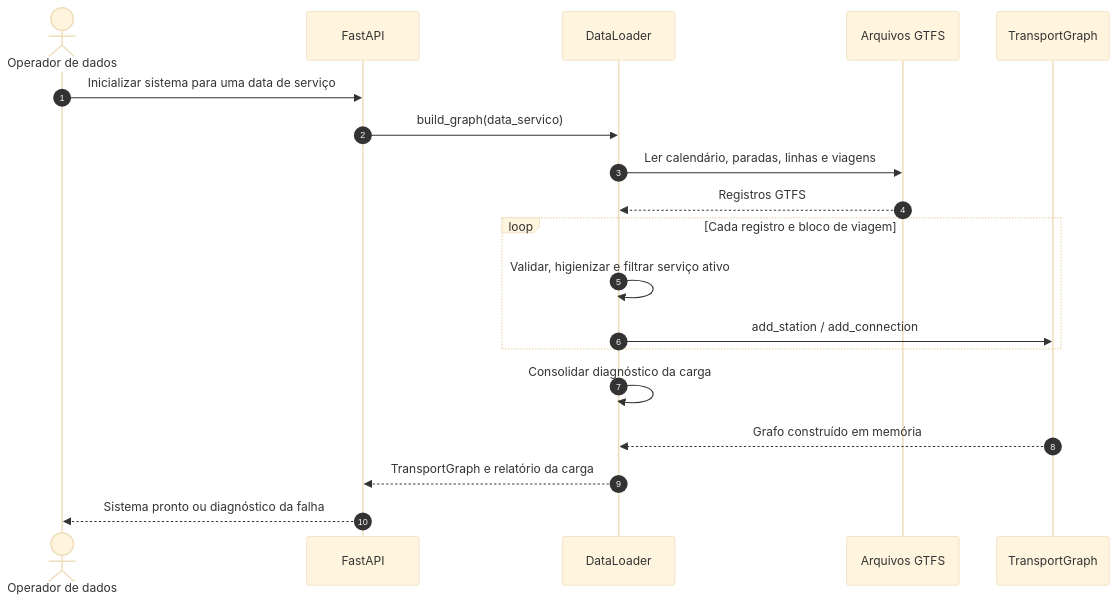
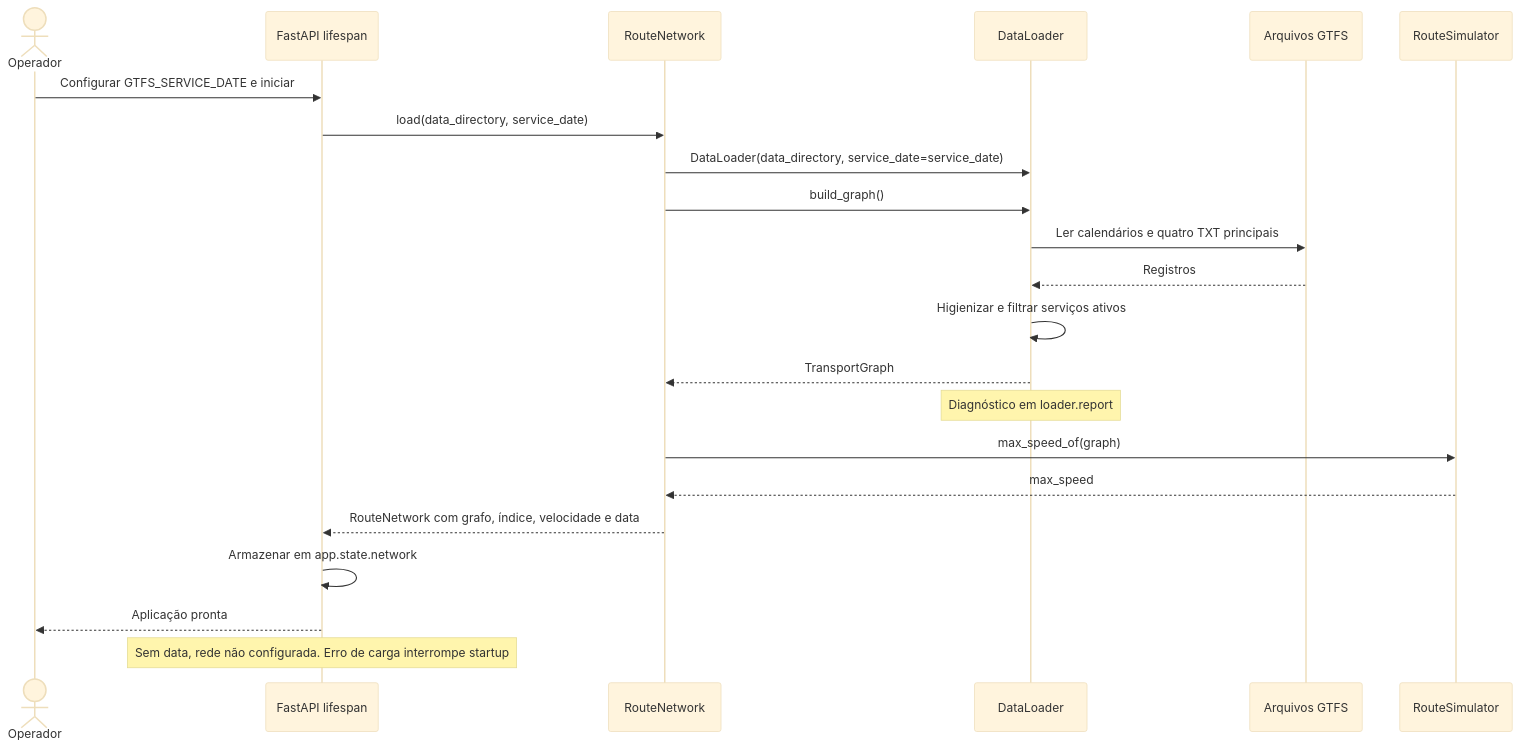
The first of 2 diagrams in Artefatos/Diagramas/diagrama-sequencia.md (Luizfmaia10-dev/TP-Grafos), drawn with Mermaid (base theme) before and after one commit. The commit also changed other lines of this file and 39 other files, not shown here.

Commit message:
docs(arquitetura): atualize diagramas e contratos do sistema

````diff
--- a/Artefatos/Diagramas/diagrama-sequencia.md
+++ b/Artefatos/Diagramas/diagrama-sequencia.md
@@ -8,24 +5,24 @@
 ```mermaid
 sequenceDiagram
-    autonumber
-    actor Operator as Operador de dados
-    participant API as FastAPI
+    actor Operator as Operador
+    participant API as FastAPI lifespan
+    participant Network as RouteNetwork
     participant Loader as DataLoader
     participant GTFS as Arquivos GTFS
-    participant Graph as TransportGraph
-
-    Operator->>API: Inicializar sistema para uma data de serviço
-    API->>Loader: build_graph(data_servico)
-    Loader->>GTFS: Ler calendário, paradas, linhas e viagens
-    GTFS-->>Loader: Registros GTFS
-
-    loop Cada registro e bloco de viagem
-        Loader->>Loader: Validar, higienizar e filtrar serviço ativo
-        Loader->>Graph: add_station / add_connection
-    end
-
-    Loader->>Loader: Consolidar diagnóstico da carga
-    Graph-->>Loader: Grafo construído em memória
-    Loader-->>API: TransportGraph e relatório da carga
-    API-->>Operator: Sistema pronto ou diagnóstico da falha
+    participant Simulator as RouteSimulator
+    Operator->>API: Configurar GTFS_SERVICE_DATE e iniciar
+    API->>Network: load(data_directory, service_date)
+    Network->>Loader: DataLoader(data_directory, service_date=service_date)
+    Network->>Loader: build_graph()
+    Loader->>GTFS: Ler calendários e quatro TXT principais
+    GTFS-->>Loader: Registros
+    Loader->>Loader: Higienizar e filtrar serviços ativos
+    Loader-->>Network: TransportGraph
+    Note over Loader: Diagnóstico em loader.report
+    Network->>Simulator: max_speed_of(graph)
+    Simulator-->>Network: max_speed
+    Network-->>API: RouteNetwork com grafo, índice, velocidade e data
+    API->>API: Armazenar em app.state.network
+    API-->>Operator: Aplicação pronta
+    Note over API: Sem data, rede não configurada. Erro de carga interrompe startup
 ```
````
